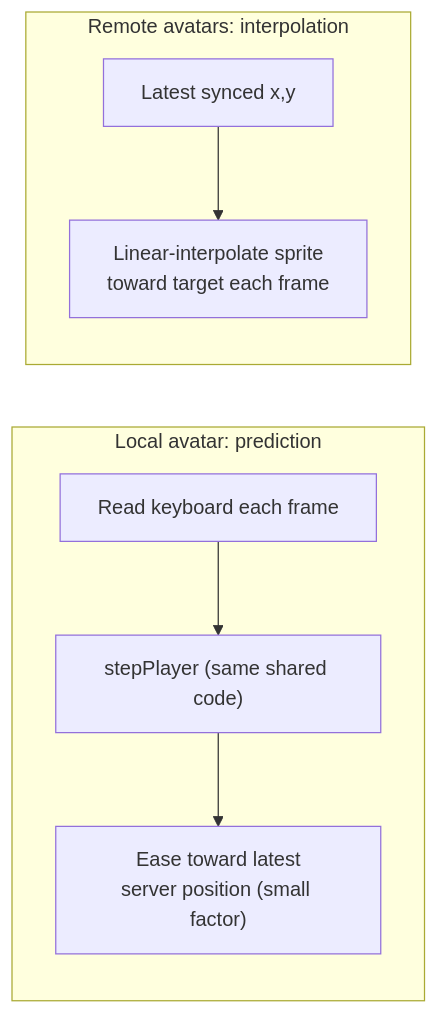
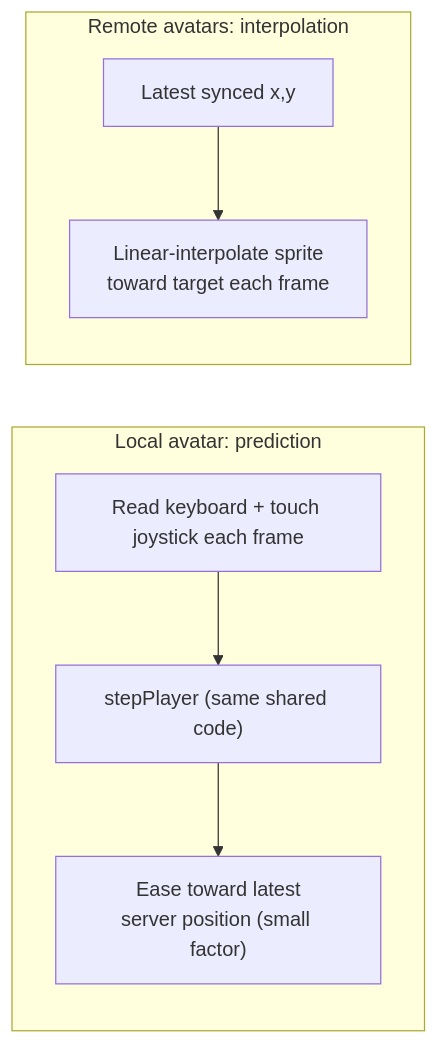
The third of 7 diagrams in docs/architecture/system-design.md (mateuseap/pixelhub), drawn with Mermaid before and after one commit. The commit also changed 9 other files, not shown here.

````diff
--- a/docs/architecture/system-design.md
+++ b/docs/architecture/system-design.md
@@ -58,10 +58,10 @@
 ```mermaid
 flowchart LR
     subgraph Local["Local avatar: prediction"]
-        Keys["Read keyboard each frame"] --> Predict["stepPlayer (same shared code)"]
+        Keys["Read keyboard + touch joystick each frame"] --> Predict["stepPlayer (same shared code)"]
         Predict --> Correct["Ease toward latest<br/>server position (small factor)"]
     end
     subgraph Remote["Remote avatars: interpolation"]
         Target["Latest synced x,y"] --> Lerp["Linear-interpolate sprite<br/>toward target each frame"]
     end
 ```
````
